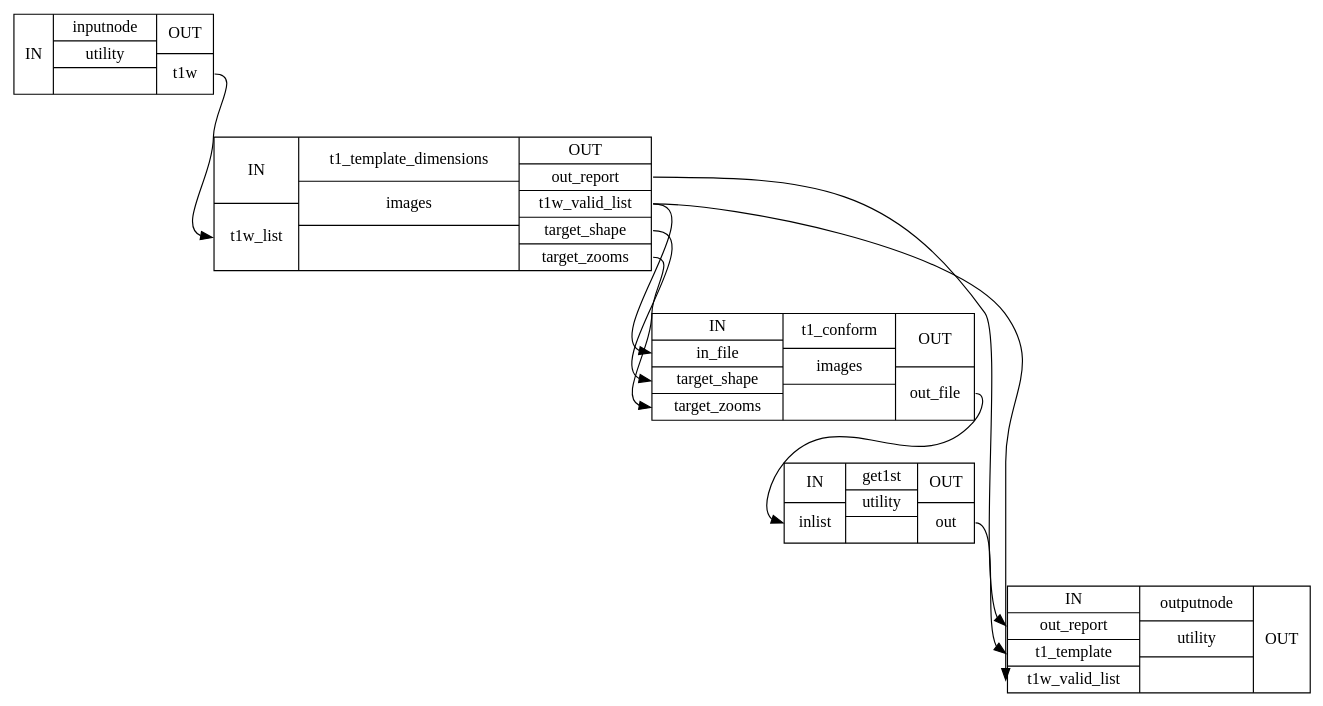
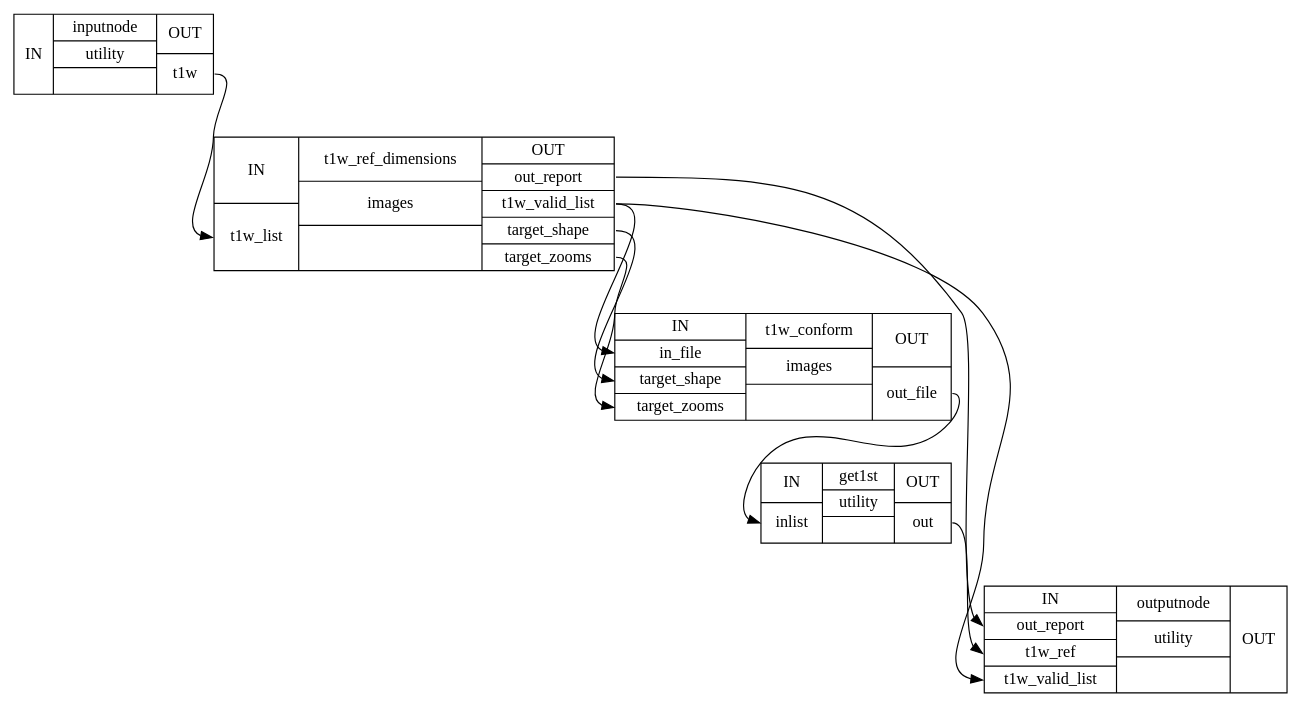
One commit to nuKs/smriprep changed the diagram in wf_directive/api/anat_template_wf/smriprep-workflows-anatomical-3_detailed.dot. Above: the diagram before and after it, drawn with Graphviz. The commit also changed 1676 other files, not shown here.

```diff
--- a/wf_directive/api/anat_template_wf/smriprep-workflows-anatomical-3_detailed.dot
+++ b/wf_directive/api/anat_template_wf/smriprep-workflows-anatomical-3_detailed.dot
@@ -1,16 +1,16 @@
 digraph structs {
 node [shape=record];
 anat_template_wfinputnode [label="{IN}|{ inputnode | utility |  }|{OUT|<outt1w> t1w}"];
-anat_template_wft1_template_dimensions [label="{IN|<int1wlist> t1w_list}|{ t1_template_dimensions | images |  }|{OUT|<outoutreport> out_report|<outt1wvalidlist> t1w_valid_list|<outtargetshape> target_shape|<outtargetzooms> target_zooms}"];
-anat_template_wft1_conform [label="{IN|<ininfile> in_file|<intargetshape> target_shape|<intargetzooms> target_zooms}|{ t1_conform | images |  }|{OUT|<outoutfile> out_file}"];
+anat_template_wft1w_ref_dimensions [label="{IN|<int1wlist> t1w_list}|{ t1w_ref_dimensions | images |  }|{OUT|<outoutreport> out_report|<outt1wvalidlist> t1w_valid_list|<outtargetshape> target_shape|<outtargetzooms> target_zooms}"];
+anat_template_wft1w_conform [label="{IN|<ininfile> in_file|<intargetshape> target_shape|<intargetzooms> target_zooms}|{ t1w_conform | images |  }|{OUT|<outoutfile> out_file}"];
 anat_template_wfget1st [label="{IN|<ininlist> inlist}|{ get1st | utility |  }|{OUT|<outout> out}"];
-anat_template_wfoutputnode [label="{IN|<inoutreport> out_report|<int1template> t1_template|<int1wvalidlist> t1w_valid_list}|{ outputnode | utility |  }|{OUT}"];
-anat_template_wfget1st:outout:e -> anat_template_wfoutputnode:int1template:w;
-anat_template_wfinputnode:outt1w:e -> anat_template_wft1_template_dimensions:int1wlist:w;
-anat_template_wft1_conform:outoutfile:e -> anat_template_wfget1st:ininlist:w;
-anat_template_wft1_template_dimensions:outoutreport:e -> anat_template_wfoutputnode:inoutreport:w;
-anat_template_wft1_template_dimensions:outt1wvalidlist:e -> anat_template_wfoutputnode:int1wvalidlist:w;
-anat_template_wft1_template_dimensions:outt1wvalidlist:e -> anat_template_wft1_conform:ininfile:w;
-anat_template_wft1_template_dimensions:outtargetshape:e -> anat_template_wft1_conform:intargetshape:w;
-anat_template_wft1_template_dimensions:outtargetzooms:e -> anat_template_wft1_conform:intargetzooms:w;
+anat_template_wfoutputnode [label="{IN|<inoutreport> out_report|<int1wref> t1w_ref|<int1wvalidlist> t1w_valid_list}|{ outputnode | utility |  }|{OUT}"];
+anat_template_wfget1st:outout:e -> anat_template_wfoutputnode:int1wref:w;
+anat_template_wfinputnode:outt1w:e -> anat_template_wft1w_ref_dimensions:int1wlist:w;
+anat_template_wft1w_conform:outoutfile:e -> anat_template_wfget1st:ininlist:w;
+anat_template_wft1w_ref_dimensions:outoutreport:e -> anat_template_wfoutputnode:inoutreport:w;
+anat_template_wft1w_ref_dimensions:outt1wvalidlist:e -> anat_template_wfoutputnode:int1wvalidlist:w;
+anat_template_wft1w_ref_dimensions:outt1wvalidlist:e -> anat_template_wft1w_conform:ininfile:w;
+anat_template_wft1w_ref_dimensions:outtargetshape:e -> anat_template_wft1w_conform:intargetshape:w;
+anat_template_wft1w_ref_dimensions:outtargetzooms:e -> anat_template_wft1w_conform:intargetzooms:w;
 }
```
